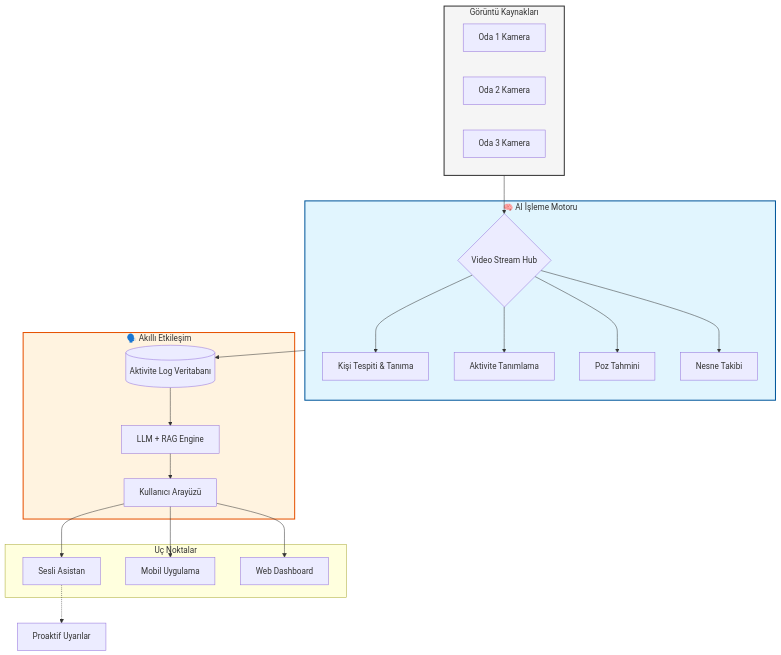
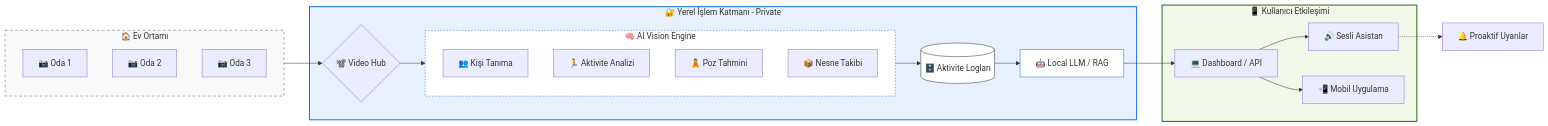
The diagram in README.md (fastfingertips/idea.homevision-ai), drawn with Mermaid before and after one commit.

Commit message:
docs: improve architecture diagram aesthetics

````diff
--- a/README.md
+++ b/README.md
@@ -124,35 +124,46 @@
 ```mermaid
-graph TD
-    subgraph Input_Sources [Görüntü Kaynakları]
-        C1[Oda 1 Kamera]
-        C2[Oda 2 Kamera]
-        C3[Oda 3 Kamera]
+graph LR
+    subgraph Home [🏠 Ev Ortamı]
+        C1[📷 Oda 1]
+        C2[📷 Oda 2]
+        C3[📷 Oda 3]
     end
 
-    Input_Sources --> Hub{Video Stream Hub}
-
-    subgraph AI_Processing [🧠 AI İşleme Motoru]
-        Hub --> PD[Kişi Tespiti & Tanıma]
-        Hub --> AR[Aktivite Tanımlama]
-        Hub --> PE[Poz Tahmini]
-        Hub --> OD[Nesne Takibi]
+    subgraph Local_Server [🔐 Yerel İşlem Katmanı - Private]
+        Hub{📽️ Video Hub}
+        
+        subgraph AI_Engine [🧠 AI Vision Engine]
+            PD[👥 Kişi Tanıma]
+            AR[🏃 Aktivite Analizi]
+            PE[🧘 Poz Tahmini]
+            OD[📦 Nesne Takibi]
+        end
+        
+        DB[(🗄️ Aktivite Logları)]
+        LLM[🤖 Local LLM / RAG]
     end
 
-    AI_Processing --> DB[(Aktivite Log Veritabanı)]
-
-    subgraph Intelligence_Layer [🗣️ Akıllı Etkileşim]
-        DB --> LLM[LLM + RAG Engine]
-        LLM --> UI[Kullanıcı Arayüzü]
+    subgraph Interface [📱 Kullanıcı Etkileşimi]
+        UI[💻 Dashboard / API]
+        Voice[🔊 Sesli Asistan]
+        Mobile[📲 Mobil Uygulama]
     end
 
-    subgraph End_Points [Uç Noktalar]
-        UI --> Voice[Sesli Asistan]
-        UI --> Mobile[Mobil Uygulama]
-        UI --> Web[Web Dashboard]
-    end
+    Home --> Hub
+    Hub --> AI_Engine
+    AI_Engine --> DB
+    DB --> LLM
+    LLM --> UI
+    UI --> Voice
+    UI --> Mobile
+    
+    Voice -.-> Alerts[🔔 Proaktif Uyarılar]
 
-    Voice -.-> Alerts[Proaktif Uyarılar]
-    style Input_Sources fill:#f5f5f5,stroke:#333,stroke-width:2px
-    style AI_Processing fill:#e1f5fe,stroke:#01579b,stroke-width:2px
-    style Intelligence_Layer fill:#fff3e0,stroke:#e65100,stroke-width:2px
+    %% Styling
+    style Home fill:#f9f9f9,stroke:#666,stroke-dasharray: 5 5
+    style Local_Server fill:#e8f0fe,stroke:#1a73e8,stroke-width:2px
+    style AI_Engine fill:#fff,stroke:#1a73e8,stroke-dasharray: 3 3
+    style Interface fill:#f1f8e9,stroke:#33691e,stroke-width:2px
+    style DB fill:#fff,stroke:#333
+    style LLM fill:#fff,stroke:#1a73e8
 ```
````
